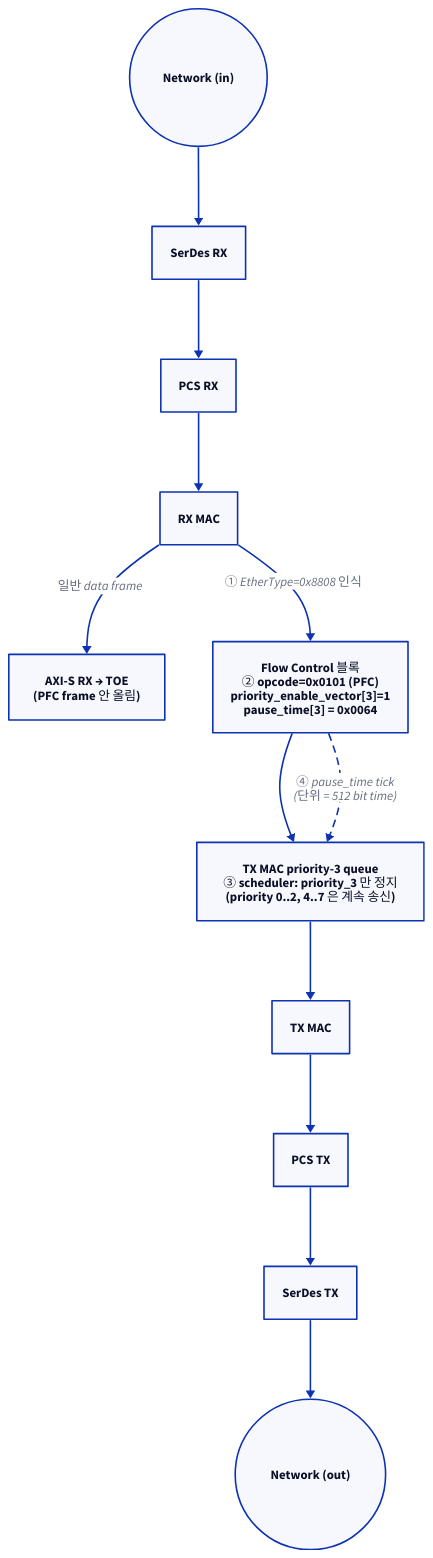
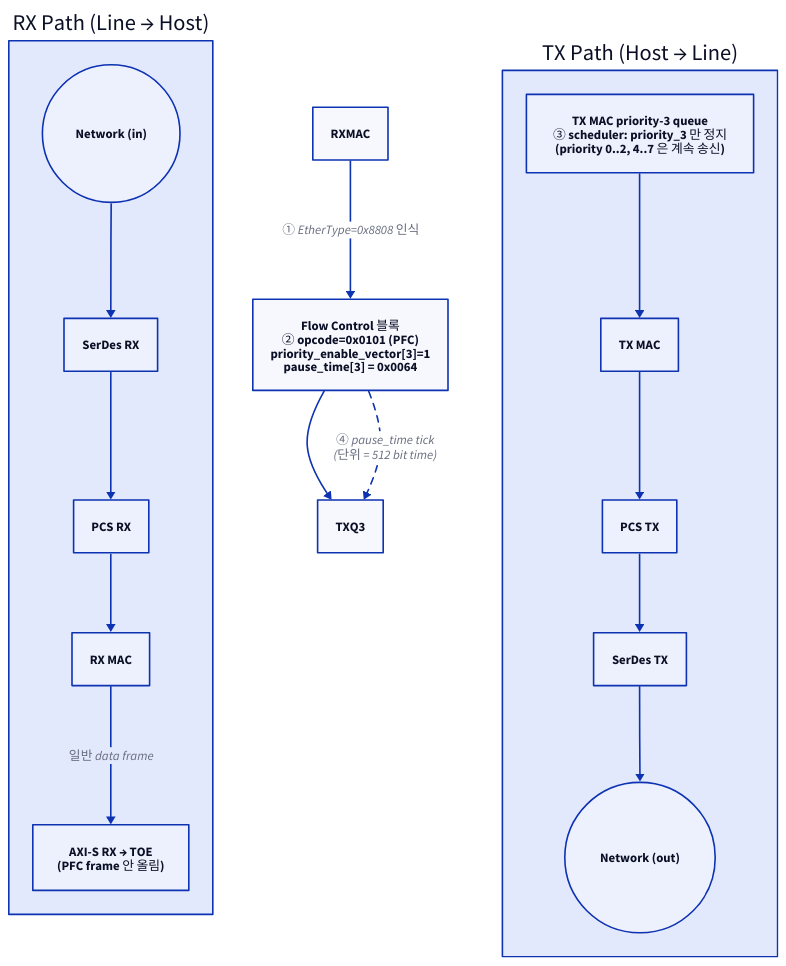
The second of 7 diagrams in topics/ethernet_dcmac/docs/02_dcmac_architecture.md (humbleowl39/DV_SKOOL), drawn with D2 before and after one commit. The commit also changed other lines of this file and 5 other files, not shown here.

First line of the commit message:
docs: sparse 다이어그램 컴팩트화 — 1T1C 등 저노드 tall 체인 가로 전환

````diff
--- a/topics/ethernet_dcmac/docs/02_dcmac_architecture.md
+++ b/topics/ethernet_dcmac/docs/02_dcmac_architecture.md
@@ -118,27 +118,33 @@
 ```d2
 direction: down
 
-NETIN: "Network (in)" { shape: circle }
-SDIN: "SerDes RX"
-PCSIN: "PCS RX"
-RXMAC: "RX MAC"
-AXISRX: "AXI-S RX → TOE\n(PFC frame 안 올림)"
+RX_PATH: "RX Path (Line → Host)" {
+  direction: right
+  NETIN: "Network (in)" { shape: circle }
+  SDIN: "SerDes RX"
+  PCSIN: "PCS RX"
+  RXMAC: "RX MAC"
+  AXISRX: "AXI-S RX → TOE\n(PFC frame 안 올림)"
+  NETIN -> SDIN
+  SDIN -> PCSIN
+  PCSIN -> RXMAC
+  RXMAC -> AXISRX: "일반 data frame"
+}
 FCB: "Flow Control 블록\n② opcode=0x0101 (PFC)\npriority_enable_vector[3]=1\npause_time[3] = 0x0064"
-TXQ3: "TX MAC priority-3 queue\n③ scheduler: priority_3 만 정지\n(priority 0..2, 4..7 은 계속 송신)"
-TXMAC: "TX MAC"
-PCSOUT: "PCS TX"
-SDOUT: "SerDes TX"
-NETOUT: "Network (out)" { shape: circle }
+TX_PATH: "TX Path (Host → Line)" {
+  direction: right
+  TXQ3: "TX MAC priority-3 queue\n③ scheduler: priority_3 만 정지\n(priority 0..2, 4..7 은 계속 송신)"
+  TXMAC: "TX MAC"
+  PCSOUT: "PCS TX"
+  SDOUT: "SerDes TX"
+  NETOUT: "Network (out)" { shape: circle }
+  TXQ3 -> TXMAC
+  TXMAC -> PCSOUT
+  PCSOUT -> SDOUT
+  SDOUT -> NETOUT
+}
 
-NETIN -> SDIN
-SDIN -> PCSIN
-PCSIN -> RXMAC
-RXMAC -> AXISRX: "일반 data frame"
 RXMAC -> FCB: "① EtherType=0x8808 인식"
 FCB -> TXQ3
-TXQ3 -> TXMAC
-TXMAC -> PCSOUT
-PCSOUT -> SDOUT
-SDOUT -> NETOUT
 FCB -> TXQ3: "④ pause_time tick\n(단위 = 512 bit time)" { style.stroke-dash: 4 }
 ```
````
